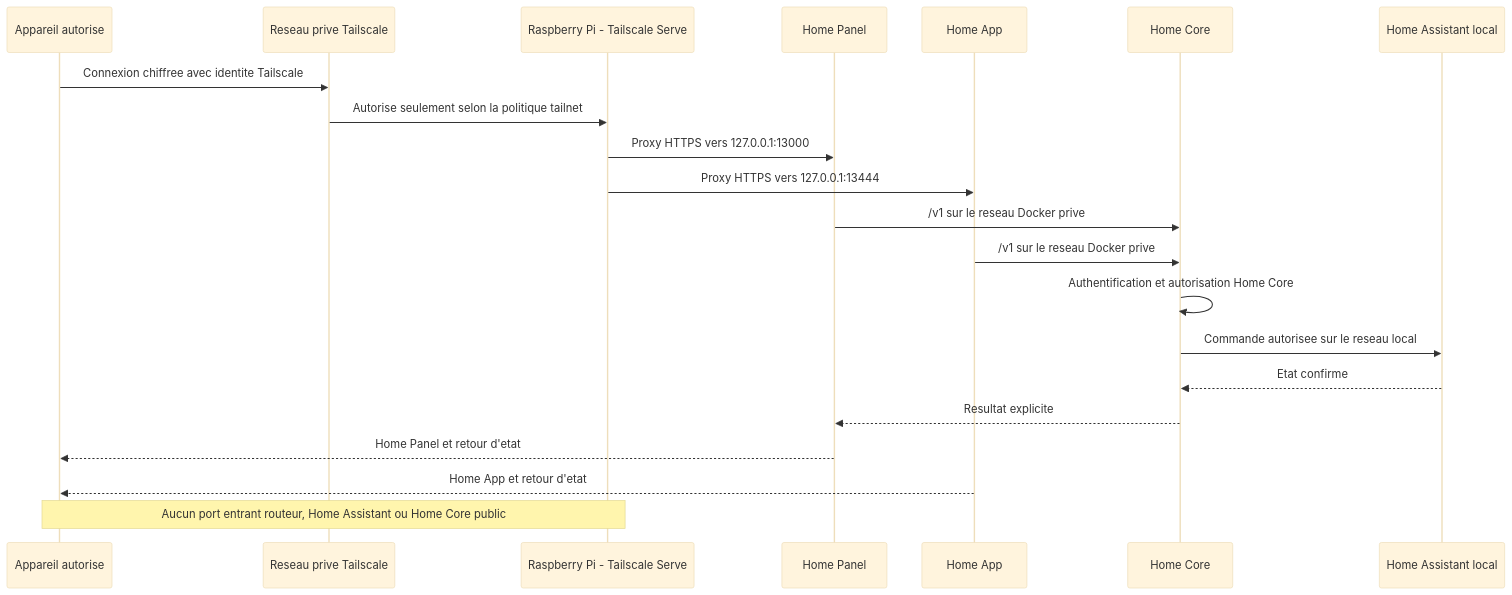
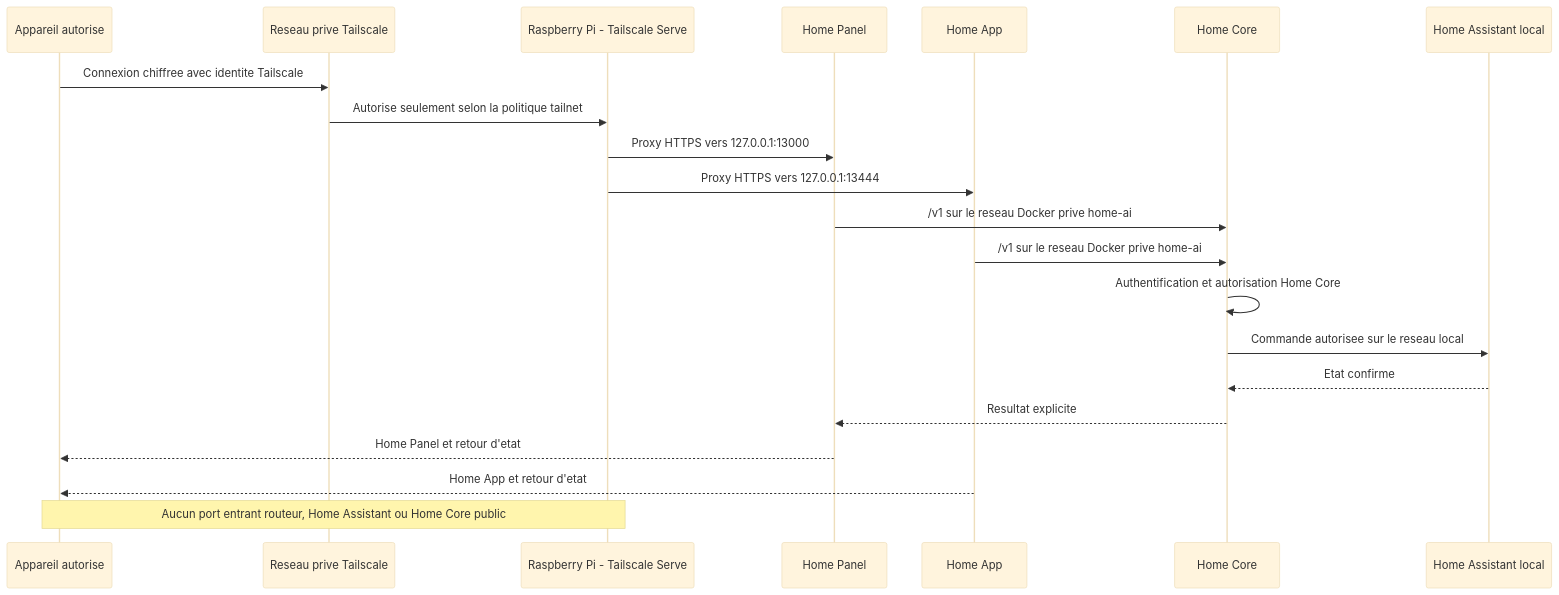
One commit to clementortiz134595/HOME-AI changed the diagram in poles/technique/home-core/diagrammes/sequence-acces-distant-tailscale.mmd. Above: the diagram before and after it, drawn with Mermaid (base theme). The commit also changed 3 other files, not shown here.

```diff
--- a/poles/technique/home-core/diagrammes/sequence-acces-distant-tailscale.mmd
+++ b/poles/technique/home-core/diagrammes/sequence-acces-distant-tailscale.mmd
@@ -1,23 +1,23 @@
 sequenceDiagram
     participant device as Appareil autorise
     participant tailnet as Reseau prive Tailscale
     participant pi as Raspberry Pi - Tailscale Serve
     participant panel as Home Panel
     participant app as Home App
     participant core as Home Core
     participant ha as Home Assistant local
 
     device->>tailnet: Connexion chiffree avec identite Tailscale
     tailnet->>pi: Autorise seulement selon la politique tailnet
     pi->>panel: Proxy HTTPS vers 127.0.0.1:13000
     pi->>app: Proxy HTTPS vers 127.0.0.1:13444
-    panel->>core: /v1 sur le reseau Docker prive
-    app->>core: /v1 sur le reseau Docker prive
+    panel->>core: /v1 sur le reseau Docker prive home-ai
+    app->>core: /v1 sur le reseau Docker prive home-ai
     core->>core: Authentification et autorisation Home Core
     core->>ha: Commande autorisee sur le reseau local
     ha-->>core: Etat confirme
     core-->>panel: Resultat explicite
     panel-->>device: Home Panel et retour d'etat
     app-->>device: Home App et retour d'etat
 
     Note over device,pi: Aucun port entrant routeur, Home Assistant ou Home Core public
```
